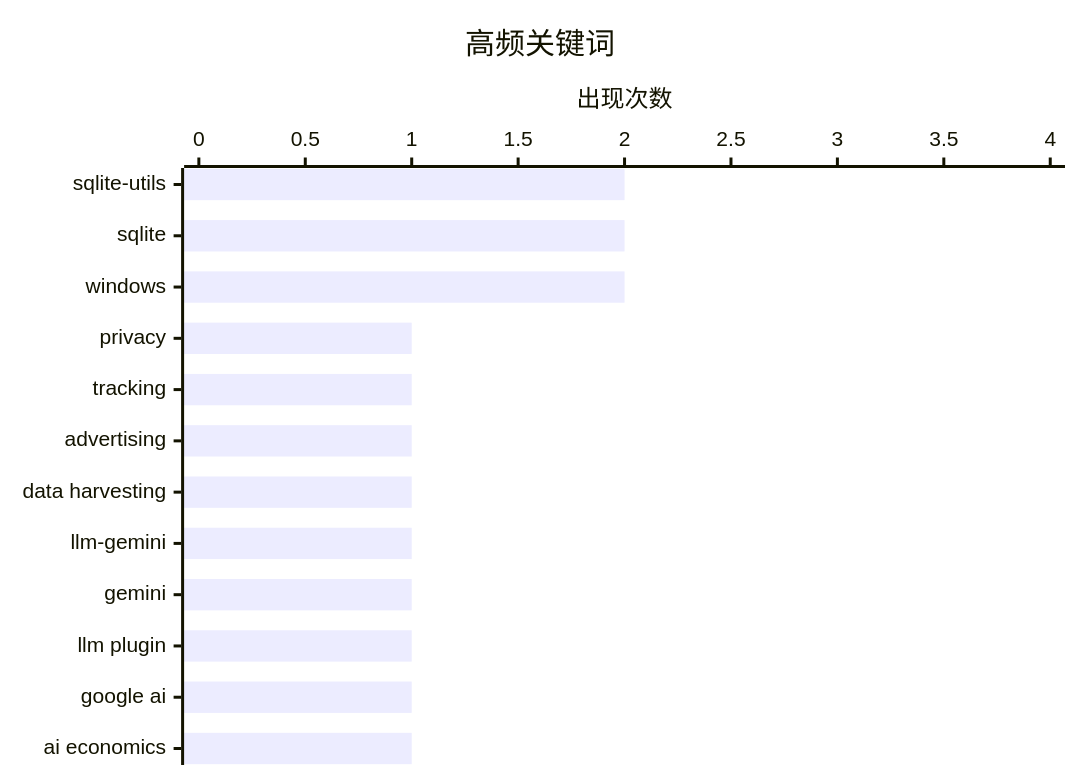
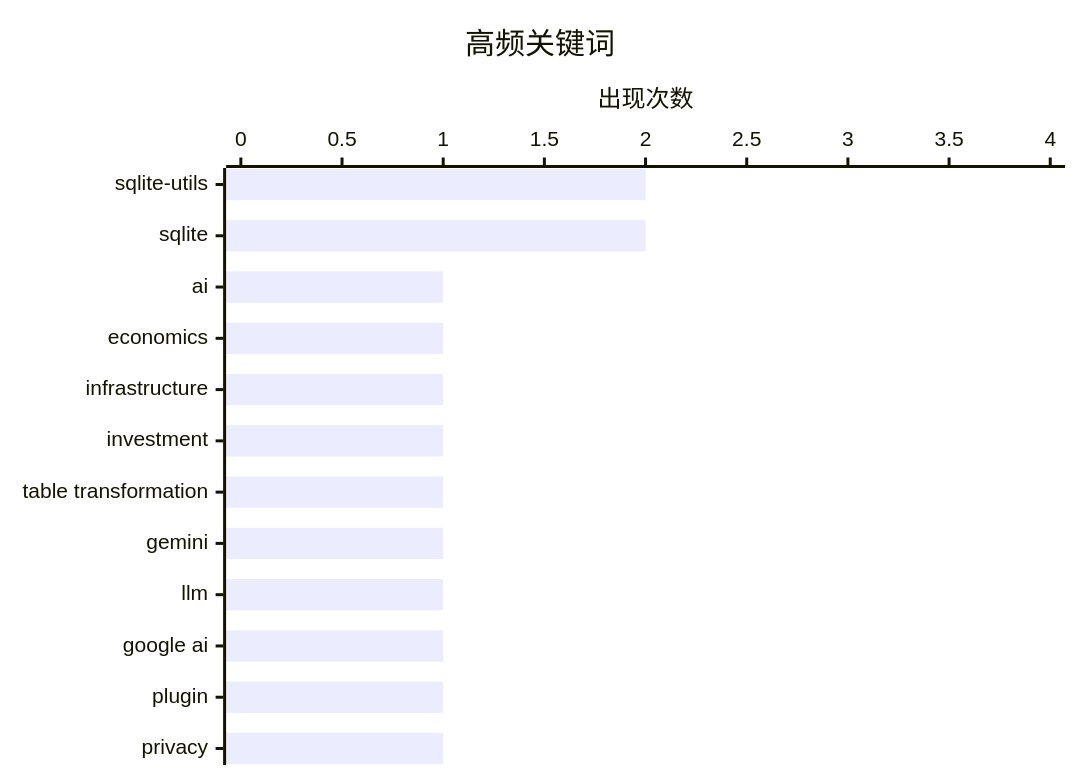
Before and after one commit to AlexJJ009/ai-daily-digest-v2: the second of 2 diagrams in docs/digest-20260815.md, drawn with Mermaid. The commit also changed other lines of this file and 2 other files, not shown here.

````diff
--- a/docs/digest-20260815.md
+++ b/docs/digest-20260815.md
@@ -66,7 +66,7 @@
 ```mermaid
 xychart-beta horizontal
     title "高频关键词"
-    x-axis ["sqlite-utils", "sqlite", "windows", "privacy", "tracking", "advertising", "data harvesting", "llm-gemini", "gemini", "llm plugin", "google ai", "ai economics"]
+    x-axis ["sqlite-utils", "sqlite", "ai", "economics", "infrastructure", "investment", "table transformation", "gemini", "llm", "google ai", "plugin", "privacy"]
     y-axis "出现次数" 0 --> 4
-    bar [2, 2, 2, 1, 1, 1, 1, 1, 1, 1, 1, 1]
+    bar [2, 2, 1, 1, 1, 1, 1, 1, 1, 1, 1, 1]
 ```
````
